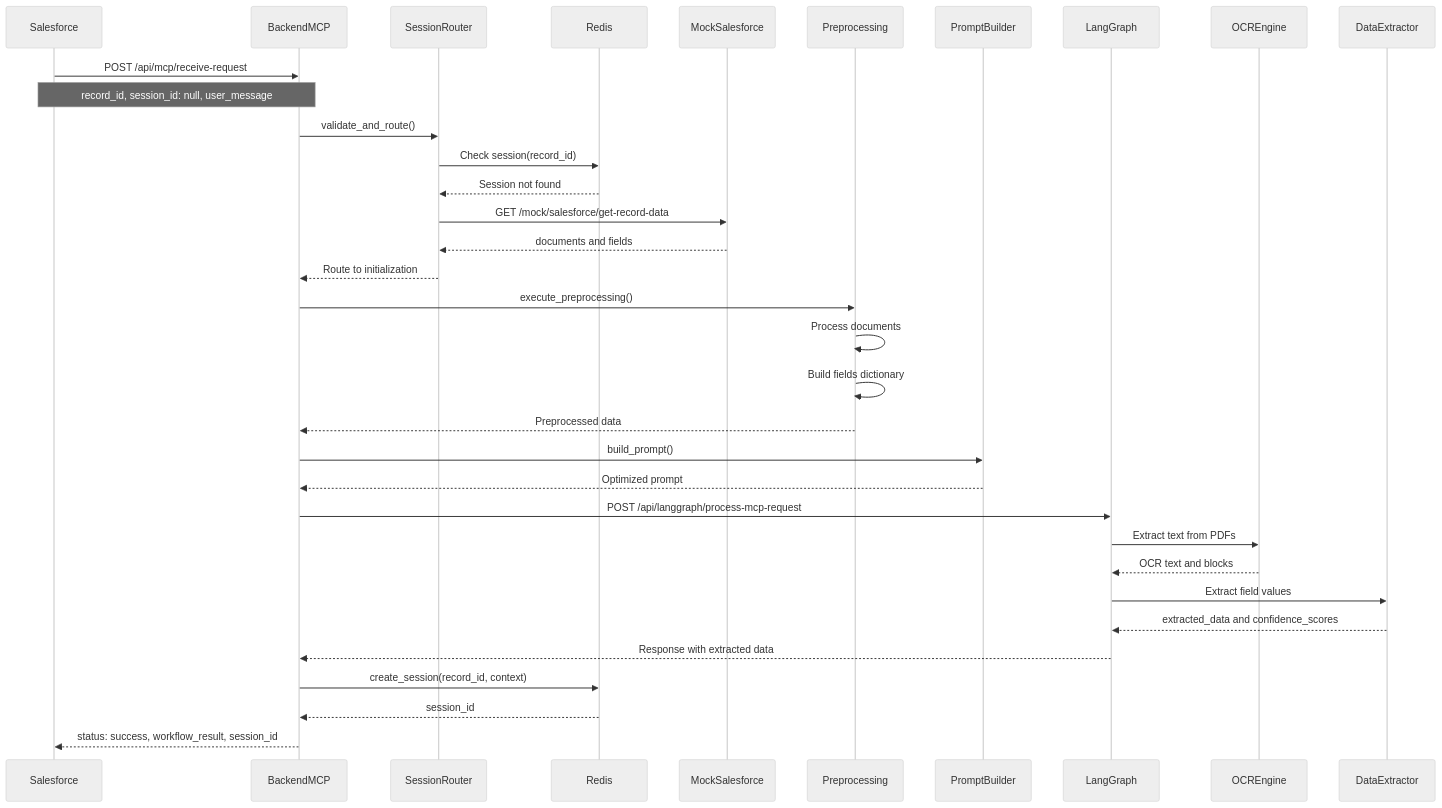
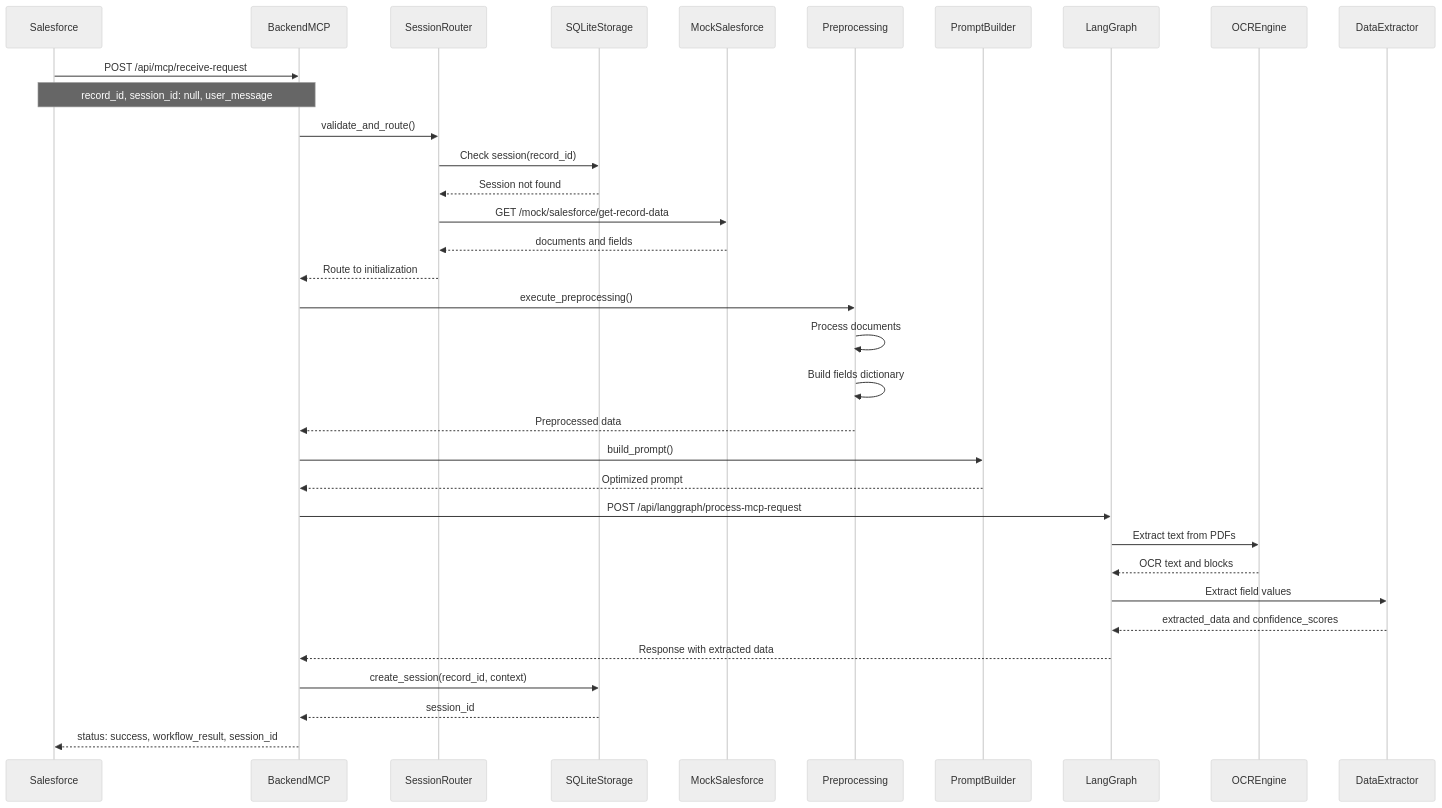
The second of 6 diagrams in docs/ARCHITECTURE.md (Yasser1AITLAZIZ/sfd-clm), drawn with Mermaid (neutral theme) before and after one commit. The commit also changed other lines of this file and 40 other files, not shown here.

````diff
--- a/docs/ARCHITECTURE.md
+++ b/docs/ARCHITECTURE.md
@@ -55,41 +55,41 @@
 ```mermaid
 sequenceDiagram
     participant SF as Salesforce
     participant MCP as BackendMCP
     participant Router as SessionRouter
-    participant Storage as Redis
+    participant Storage as SQLiteStorage
     participant MSF as MockSalesforce
     participant Preproc as Preprocessing
     participant Prompt as PromptBuilder
     participant LG as LangGraph
     participant OCR as OCREngine
     participant Extractor as DataExtractor
     
     SF->>MCP: POST /api/mcp/receive-request
     Note over SF,MCP: record_id, session_id: null, user_message
     MCP->>Router: validate_and_route()
     Router->>Storage: Check session(record_id)
     Storage-->>Router: Session not found
     Router->>MSF: GET /mock/salesforce/get-record-data
     MSF-->>Router: documents and fields
     Router-->>MCP: Route to initialization
     
     MCP->>Preproc: execute_preprocessing()
     Preproc->>Preproc: Process documents
     Preproc->>Preproc: Build fields dictionary
     Preproc-->>MCP: Preprocessed data
     
     MCP->>Prompt: build_prompt()
     Prompt-->>MCP: Optimized prompt
     
     MCP->>LG: POST /api/langgraph/process-mcp-request
     LG->>OCR: Extract text from PDFs
     OCR-->>LG: OCR text and blocks
     LG->>Extractor: Extract field values
     Extractor-->>LG: extracted_data and confidence_scores
     LG-->>MCP: Response with extracted data
     
     MCP->>Storage: create_session(record_id, context)
     Storage-->>MCP: session_id
     MCP-->>SF: status: success, workflow_result, session_id
 ```
````
